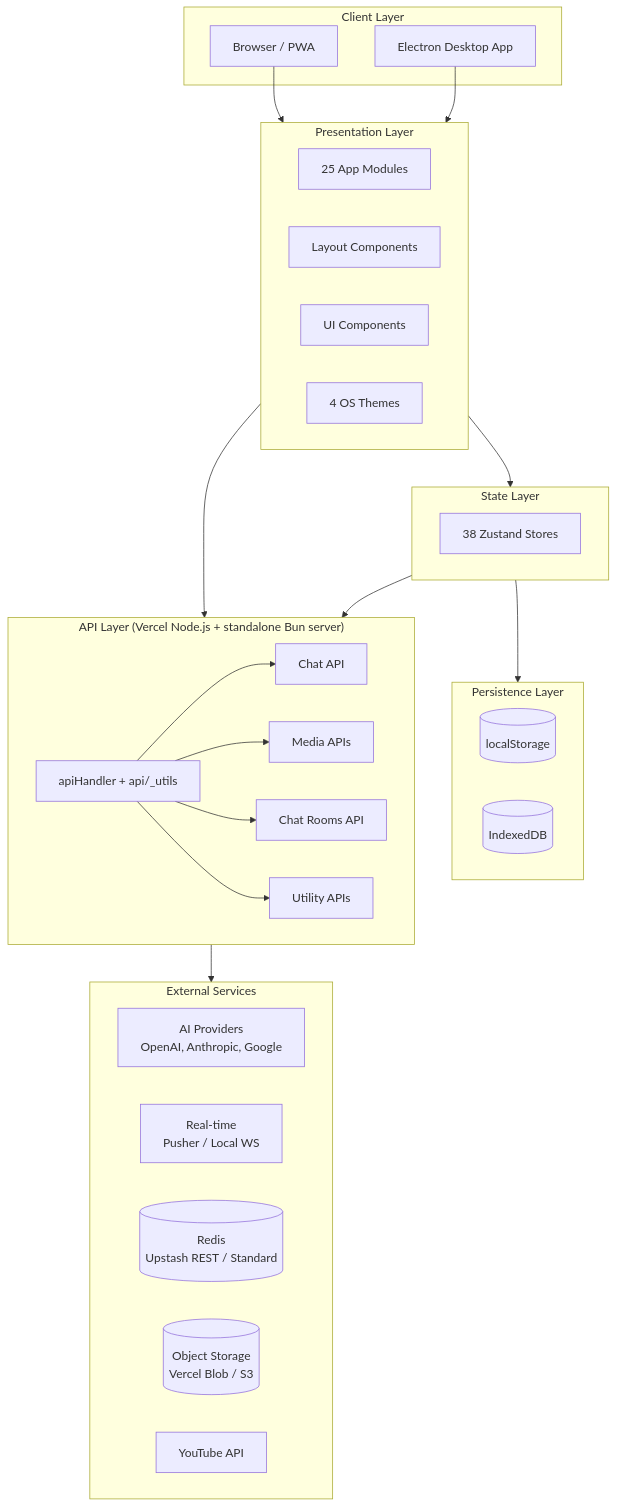
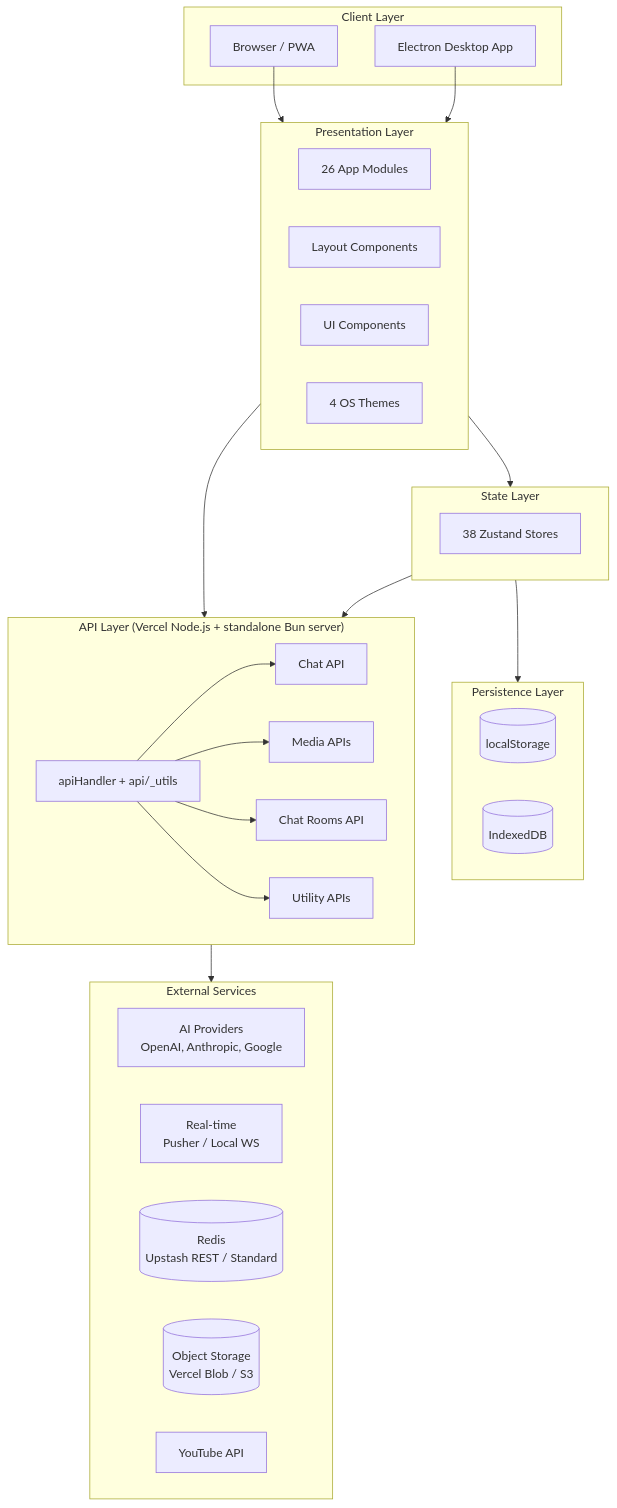
Before and after one commit to ryokun6/ryos: the first of 6 diagrams in docs/1.1-architecture.md, drawn with Mermaid. The commit also changed 19 other files, not shown here.

````diff
--- a/docs/1.1-architecture.md
+++ b/docs/1.1-architecture.md
@@ -7,51 +7,51 @@
 ```mermaid
 graph TB
     subgraph Client["Client Layer"]
         Browser[Browser / PWA]
         Desktop[Electron Desktop App]
     end
     
     subgraph Presentation["Presentation Layer"]
-        Apps[25 App Modules]
+        Apps[26 App Modules]
         Layout[Layout Components]
         UI[UI Components]
         Themes[4 OS Themes]
     end
     
     subgraph State["State Layer"]
         Zustand[38 Zustand Stores]
     end
     
     subgraph Persistence["Persistence Layer"]
         LocalStorage[(localStorage)]
         IndexedDB[(IndexedDB)]
     end
     
     subgraph API["API Layer (Vercel Node.js + standalone Bun server)"]
         Shared[apiHandler + api/_utils]
         Chat[Chat API]
         Media[Media APIs]
         Rooms[Chat Rooms API]
         Utility[Utility APIs]
     end
     
     subgraph External["External Services"]
         AI[AI Providers<br/>OpenAI, Anthropic, Google]
         Realtime[Real-time<br/>Pusher / Local WS]
         Redis[(Redis<br/>Upstash REST / Standard)]
         ObjectStorage[(Object Storage<br/>Vercel Blob / S3)]
         YouTube[YouTube API]
     end
     
     Browser --> Presentation
     Desktop --> Presentation
     Presentation --> State
     State --> Persistence
     Presentation --> API
     Shared --> Chat
     Shared --> Media
     Shared --> Rooms
     Shared --> Utility
     API --> External
     State --> API
 ```
````
